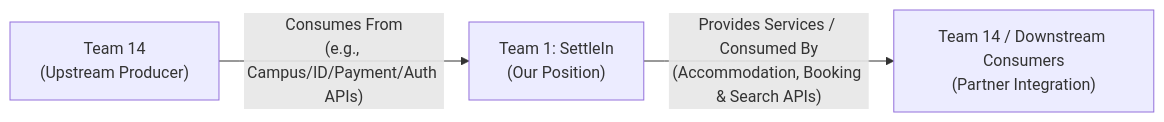
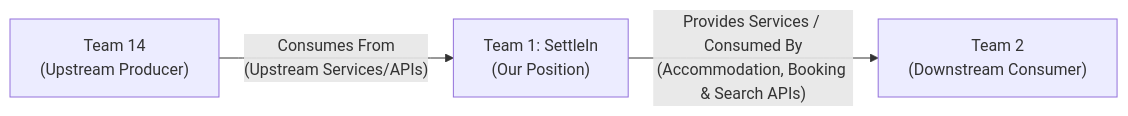
Before and after one commit to Gift10477/settlein-student-housing: the diagram in TEAM_CHARTER.md, drawn with Mermaid. The commit also changed other lines of this file, not shown here.

Commit message:
Corrected team Chater

````diff
--- a/TEAM_CHARTER.md
+++ b/TEAM_CHARTER.md
@@ -236,5 +236,5 @@
 ```mermaid
 graph LR
-    T14["Team 14<br/>(Upstream Producer)"] -->|"Consumes From<br/>(e.g., Campus/ID/Payment/Auth APIs)"| T1["Team 1: SettleIn<br/>(Our Position)"]
-    T1 -->|"Provides Services / Consumed By<br/>(Accommodation, Booking & Search APIs)"| T14_Consumer["Team 14 / Downstream Consumers<br/>(Partner Integration)"]
+    T14["Team 14<br/>(Upstream Producer)"] -->|"Consumes From<br/>(Upstream Services/APIs)"| T1["Team 1: SettleIn<br/>(Our Position)"]
+    T1 -->|"Provides Services / Consumed By<br/>(Accommodation, Booking & Search APIs)"| T2["Team 2<br/>(Downstream Consumer)"]
 ```
````
